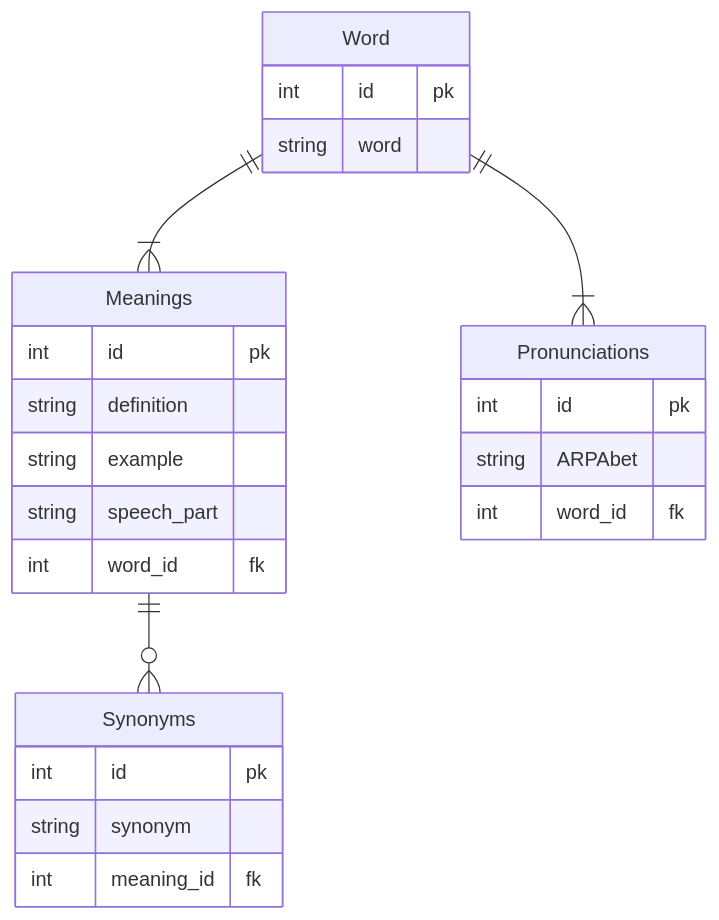
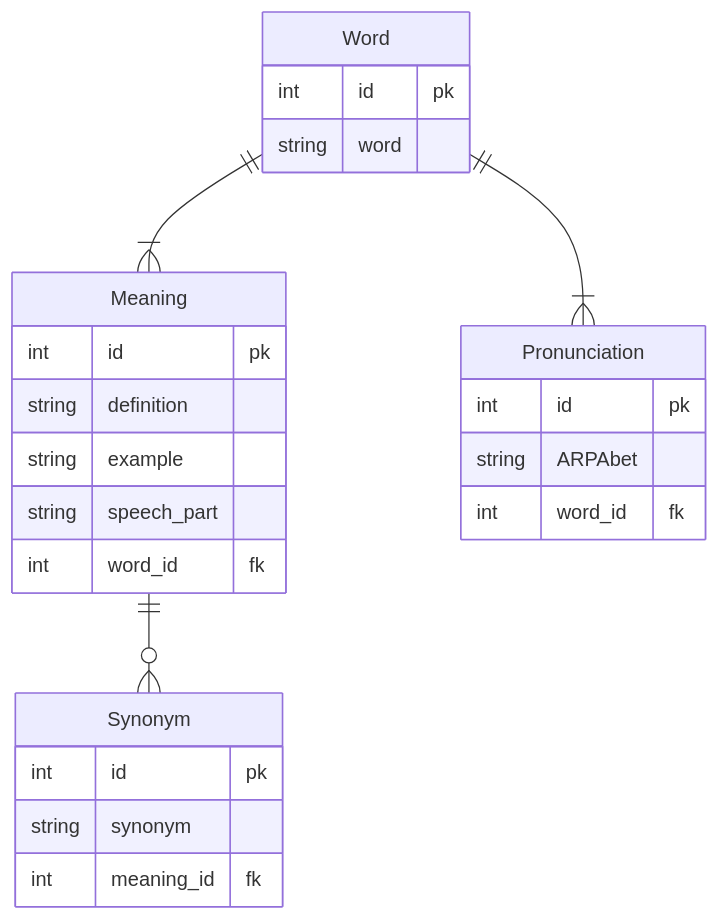
Before and after one commit to peterchinman/random-word-generator: the diagram in README.md, drawn with Mermaid. The commit also changed 3 other files, not shown here.

````diff
--- a/README.md
+++ b/README.md
@@ -4,30 +4,30 @@
 ```mermaid
 ---
 title Dictionary
 ---
 erDiagram
-    Word||--|{Meanings : ""
-    Meanings {
+    Word||--|{Meaning : ""
+    Meaning {
         int id pk
         string definition
         string example
         string speech_part
         int word_id fk
     }
-    Meanings||--o{Synonyms : ""
+    Meaning||--o{Synonym : ""
     Word{
         int id pk
         string word
     }
-    Synonyms{
+    Synonym{
         int id pk
         string synonym
         int meaning_id fk
     }
-    Word||--|{Pronunciations : ""
-    Pronunciations {
+    Word||--|{Pronunciation : ""
+    Pronunciation {
         int id pk
         string ARPAbet
         int word_id fk
     }
 ```
````
